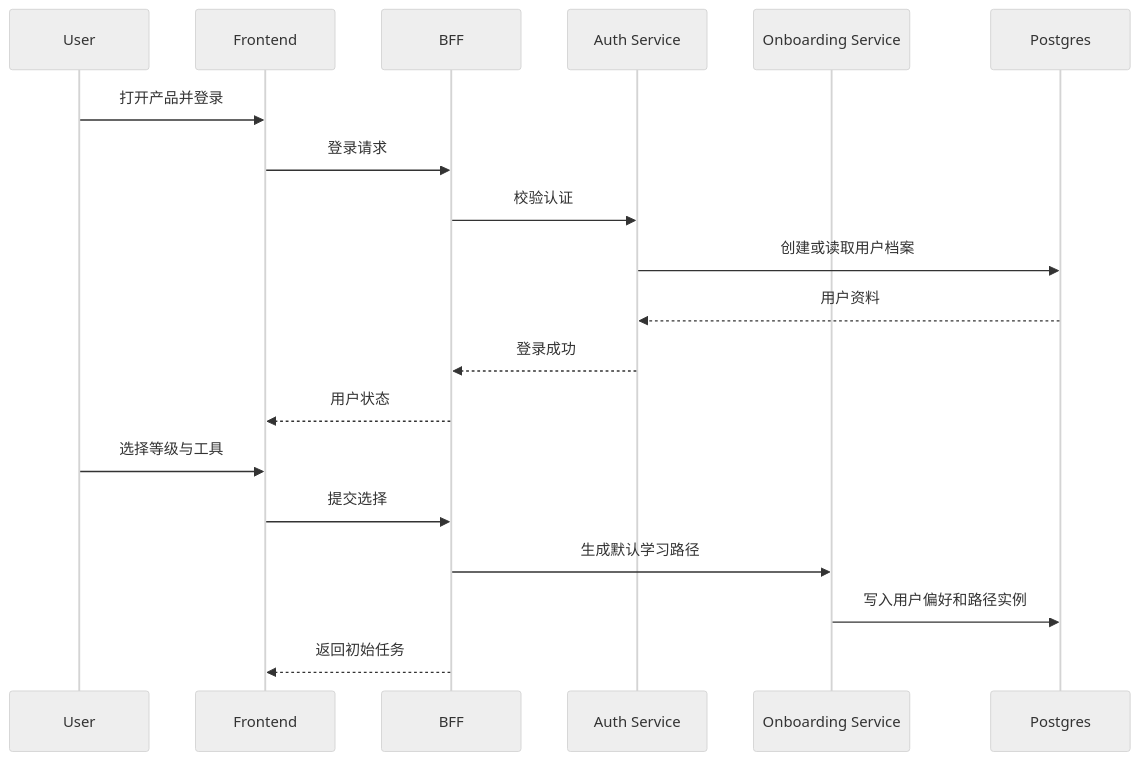
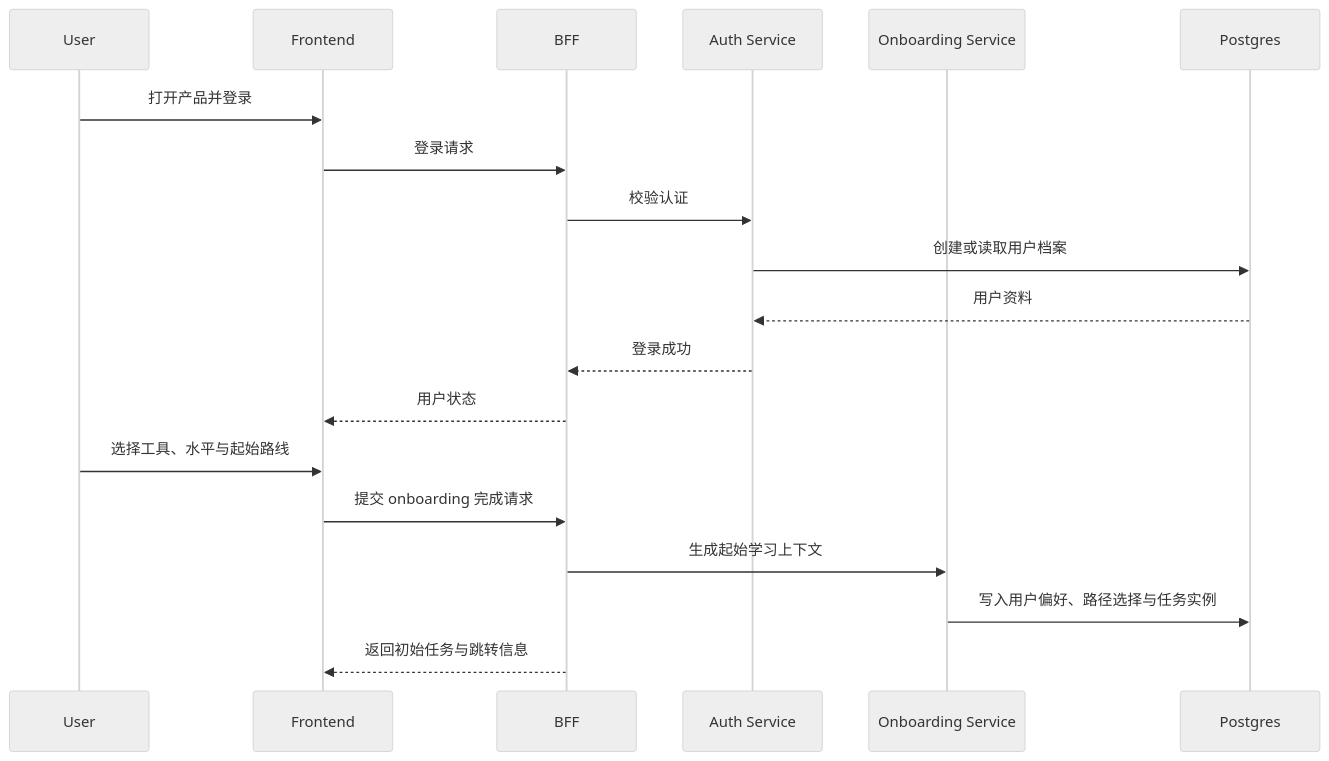
One commit to ChengZhuo2025/codetutor changed the third of 6 diagrams in docs/plans/2026-03-23-ai-coding-tutor-technical-architecture.md. Above: the diagram before and after it, drawn with Mermaid (neutral theme). The commit also changed other lines of this file and 25 other files, not shown here.

````diff
--- a/docs/plans/2026-03-23-ai-coding-tutor-technical-architecture.md
+++ b/docs/plans/2026-03-23-ai-coding-tutor-technical-architecture.md
@@ -361,22 +369,22 @@
 ```mermaid
 sequenceDiagram
     participant U as User
     participant FE as Frontend
     participant API as BFF
     participant AUTH as Auth Service
     participant ONB as Onboarding Service
     participant DB as Postgres
 
     U->>FE: 打开产品并登录
     FE->>API: 登录请求
     API->>AUTH: 校验认证
     AUTH->>DB: 创建或读取用户档案
     DB-->>AUTH: 用户资料
     AUTH-->>API: 登录成功
     API-->>FE: 用户状态
-    U->>FE: 选择等级与工具
-    FE->>API: 提交选择
-    API->>ONB: 生成默认学习路径
-    ONB->>DB: 写入用户偏好和路径实例
-    API-->>FE: 返回初始任务
+    U->>FE: 选择工具、水平与起始路线
+    FE->>API: 提交 onboarding 完成请求
+    API->>ONB: 生成起始学习上下文
+    ONB->>DB: 写入用户偏好、路径选择与任务实例
+    API-->>FE: 返回初始任务与跳转信息
 ```
````
